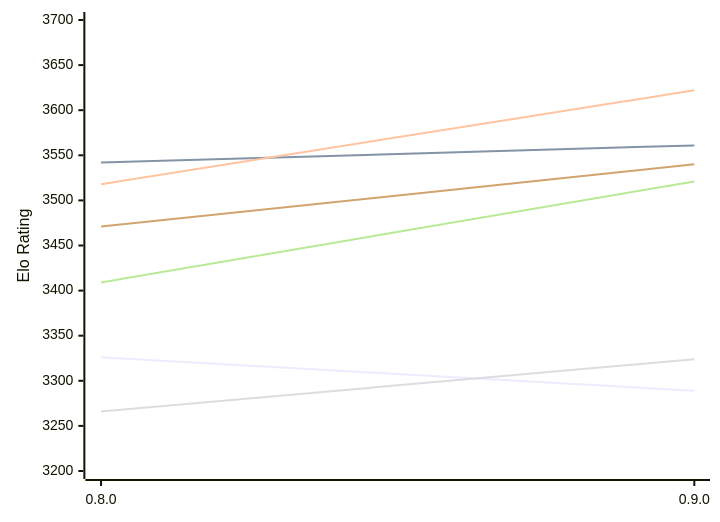
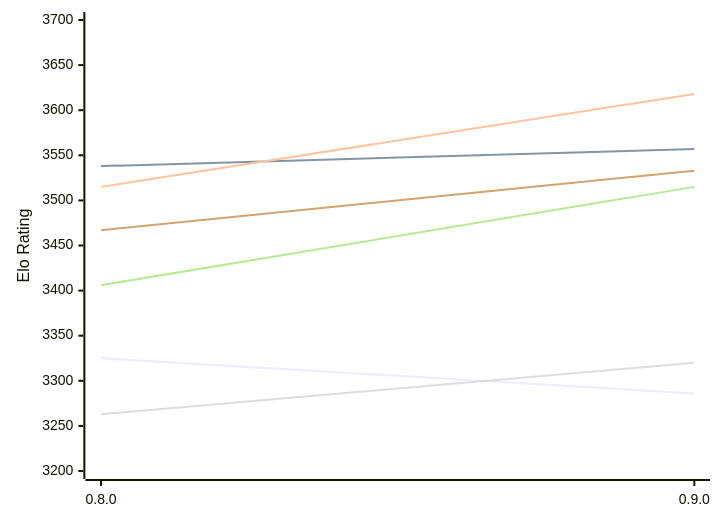
Before and after one commit to computer-chess-index/cci: the first of 2 diagrams in engines/Motor.md, drawn with Mermaid. The commit also changed other lines of this file, not shown here.

Commit message:
Update CCI Ratings (ELO VLTC) - 2026-11-19

````diff
--- a/engines/Motor.md
+++ b/engines/Motor.md
@@ -51,12 +51,12 @@
 ```mermaid
 %%{init: {"theme":"base","themeVariables":{"seriesColors:['#a3a3a3','#222221','#faa371']}}}%%
 xychart-beta
   x-axis ["0.8.0", "0.9.0"]
   y-axis "Elo Rating" 3200 --> 3700
-  line "E1: STC (8.0+0.08s)" [3326, 3289]
-  line "E1: LTC (60.0+0.60s)" [3542, 3561]
-  line "E1: VLTC (2m24s+1.12s)" [3518, 3622]
-  line "P1: STC (8.0+0.08s)" [3266, 3324]
-  line "P1: LTC (60.0+0.60s)" [3409, 3521]
-  line "P1: VLTC (2m24s+1.12s)" [3471, 3540]
+  line "E1: STC (8.0+0.08s)" [3325, 3286]
+  line "E1: LTC (60.0+0.60s)" [3538, 3557]
+  line "E1: VLTC (2m24s+1.12s)" [3515, 3618]
+  line "P1: STC (8.0+0.08s)" [3263, 3320]
+  line "P1: LTC (60.0+0.60s)" [3406, 3515]
+  line "P1: VLTC (2m24s+1.12s)" [3467, 3533]
 ```
````
